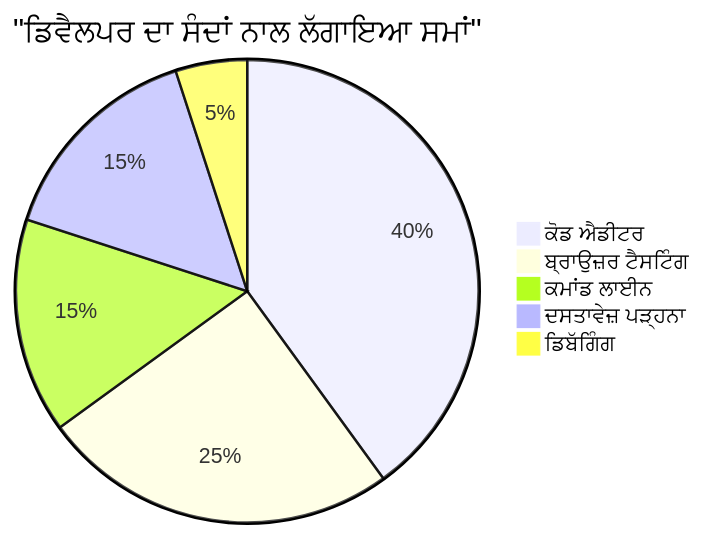
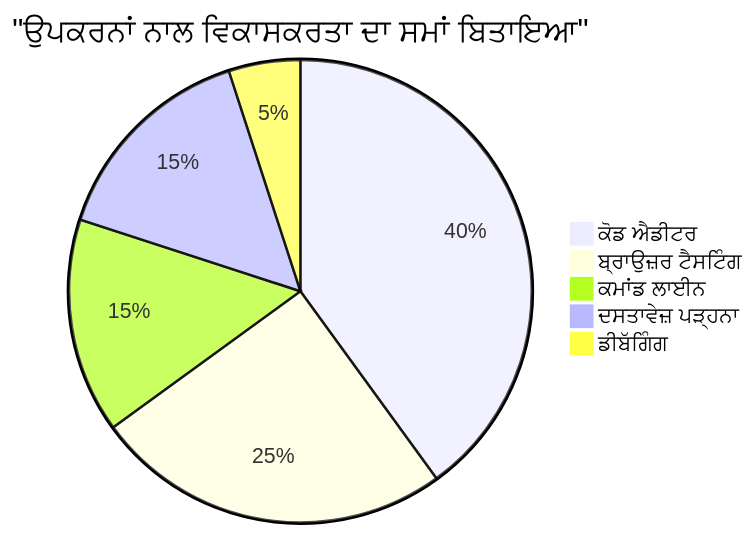
The sixth of 7 diagrams in translations/pa/1-getting-started-lessons/1-intro-to-programming-languages/README.md (microsoft/Web-Dev-For-Beginners), drawn with Mermaid before and after one commit. The commit also changed other lines of this file and 8 other files, not shown here.

````diff
--- a/translations/pa/1-getting-started-lessons/1-intro-to-programming-languages/README.md
+++ b/translations/pa/1-getting-started-lessons/1-intro-to-programming-languages/README.md
@@ -711,8 +711,8 @@
 ```mermaid
-pie title "ਡਿਵੈਲਪਰ ਦਾ ਸੰਦਾਂ ਨਾਲ ਲੱਗਾਇਆ ਸਮਾਂ"
+pie title "ਉਪਕਰਨਾਂ ਨਾਲ ਵਿਕਾਸਕਰਤਾ ਦਾ ਸਮਾਂ ਬਿਤਾਇਆ"
     "ਕੋਡ ਐਡੀਟਰ" : 40
     "ਬ੍ਰਾਉਜ਼ਰ ਟੈਸਟਿੰਗ" : 25
     "ਕਮਾਂਡ ਲਾਈਨ" : 15
     "ਦਸਤਾਵੇਜ਼ ਪੜ੍ਹਨਾ" : 15
-    "ਡਿਬੱਗਿੰਗ" : 5
-```  
+    "ਡੀਬੱਗਿੰਗ" : 5
+```
````
